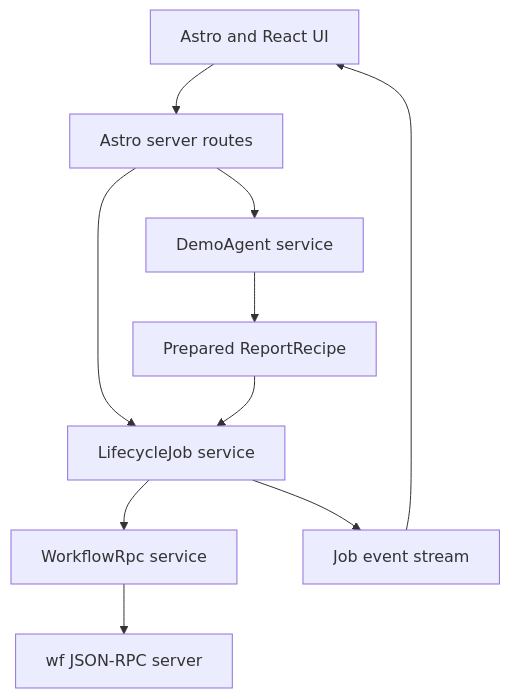
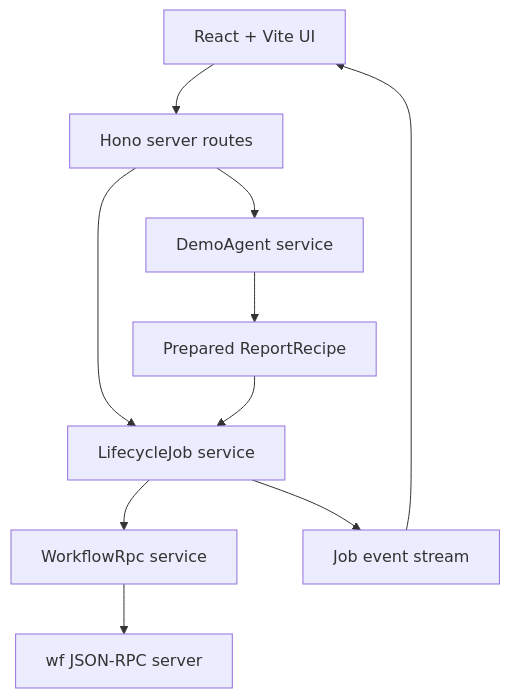
Before and after one commit to ldlda/wf: the first of 3 diagrams in docs/superpowers/specs/2026-07-01-workflow-console-agent-demo.md, drawn with Mermaid. The commit also changed other lines of this file and 2 other files, not shown here.

````diff
--- a/docs/superpowers/specs/2026-07-01-workflow-console-agent-demo.md
+++ b/docs/superpowers/specs/2026-07-01-workflow-console-agent-demo.md
@@ -65,21 +58,21 @@
 ```mermaid
 flowchart TB
-  Browser[Astro and React UI]
-  Routes[Astro server routes]
+  Browser[React + Vite UI]
+  Routes[Hono server routes]
   Agent[DemoAgent service]
   Recipe[Prepared ReportRecipe]
   Job[LifecycleJob service]
   Rpc[WorkflowRpc service]
   Server[wf JSON-RPC server]
   Events[Job event stream]
 
   Browser --> Routes
   Routes --> Agent
   Routes --> Job
   Agent --> Recipe
   Recipe --> Job
   Job --> Rpc
   Rpc --> Server
   Job --> Events
   Events --> Browser
 ```
````
